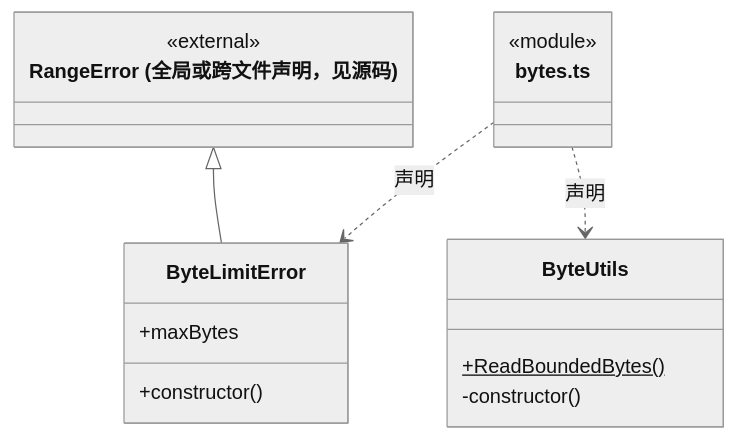
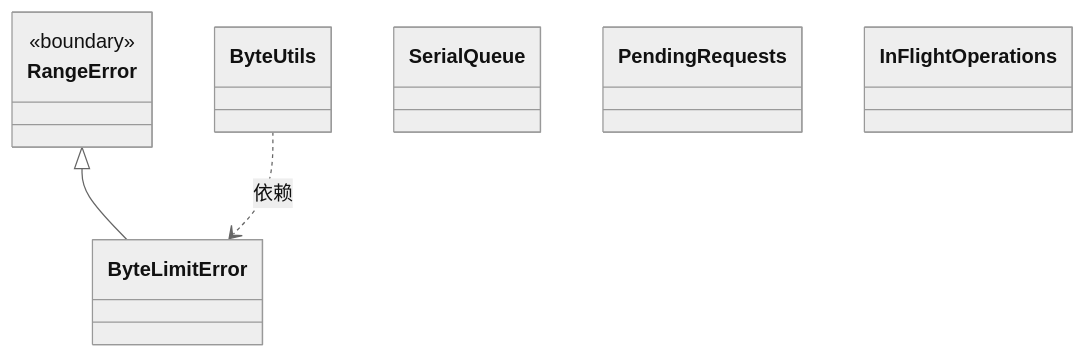
One commit to nan023062/cbim changed the first of 2 diagrams in src/core/utility/ARCHITECTURE.md. Above: the diagram before and after it, drawn with Mermaid (neutral theme). The commit also changed other lines of this file and 158 other files, not shown here.

Commit message:
docs: model architecture through nested virtual encapsulations

````diff
--- a/src/core/utility/ARCHITECTURE.md
+++ b/src/core/utility/ARCHITECTURE.md
@@ -230,20 +30,18 @@
 ```mermaid
 classDiagram
-class N_src_core_utility_bytes_ts["bytes.ts"] {
-  <<module>>
+class N_7eb8ee989493["ByteLimitError"]
+click N_7eb8ee989493 href "bytes.ts"
+class N_cd7b7ac94179["RangeError"] {
+  <<boundary>>
 }
-class N_src_core_utility_bytes_ts_ByteLimitError["ByteLimitError"] {
-  +maxBytes
-  +constructor()
-}
-N_src_core_utility_bytes_ts ..> N_src_core_utility_bytes_ts_ByteLimitError : 声明
-class N_src_core_utility_bytes_ts_external_RangeError["RangeError (全局或跨文件声明，见源码)"] {
-  <<external>>
-}
-N_src_core_utility_bytes_ts_external_RangeError <|-- N_src_core_utility_bytes_ts_ByteLimitError
-class N_src_core_utility_bytes_ts_ByteUtils["ByteUtils"] {
-  +ReadBoundedBytes()$
-  -constructor()
-}
-N_src_core_utility_bytes_ts ..> N_src_core_utility_bytes_ts_ByteUtils : 声明
+class N_357c70bf833c["ByteUtils"]
+click N_357c70bf833c href "bytes.ts"
+class N_de81ddb11377["SerialQueue"]
+click N_de81ddb11377 href "async.ts"
+class N_faeda33bc800["PendingRequests"]
+click N_faeda33bc800 href "async.ts"
+class N_6b13caf426dd["InFlightOperations"]
+click N_6b13caf426dd href "async.ts"
+N_cd7b7ac94179 <|-- N_7eb8ee989493
+N_357c70bf833c ..> N_7eb8ee989493 : 依赖
 ```
````
